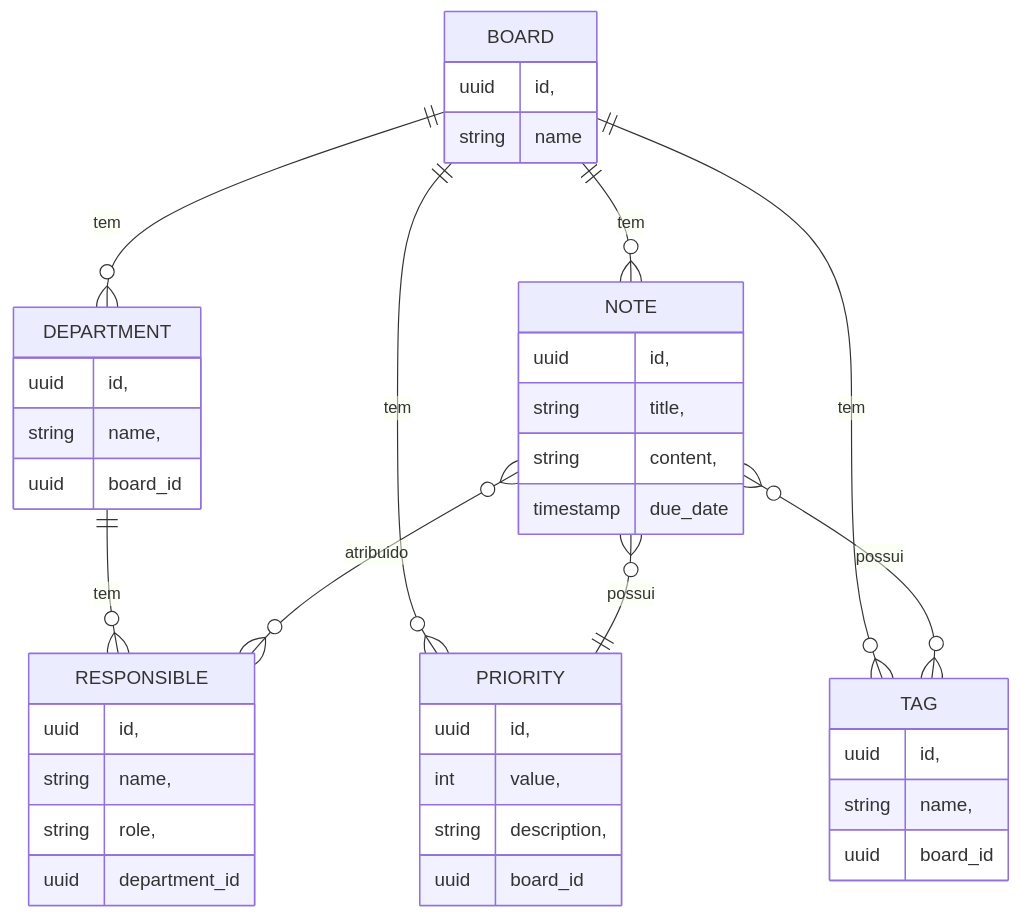
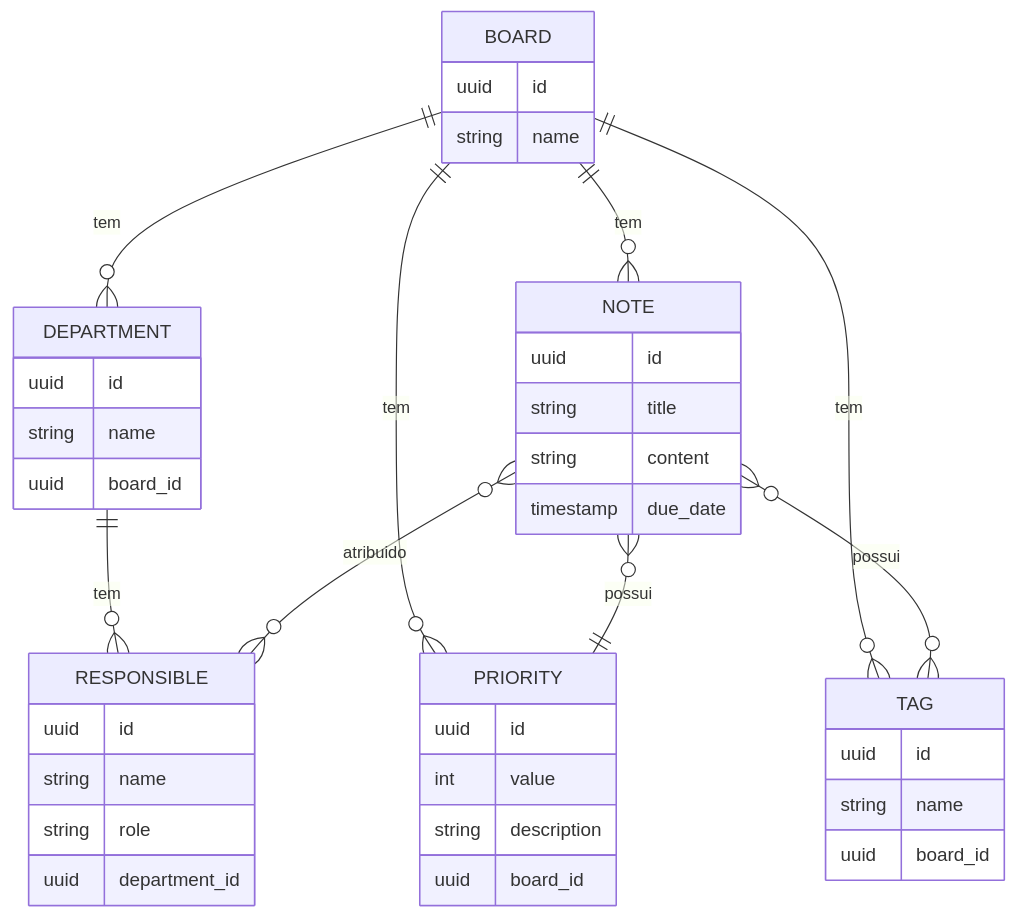
One commit to diogomasc/api-kanban changed the diagram in README.md. Above: the diagram before and after it, drawn with Mermaid. The commit also changed other lines of this file, not shown here.

Commit message:
docs: Update README to include test coverage and e2e commands and reformat the entity diagram.

````diff
--- a/README.md
+++ b/README.md
@@ -62,18 +74,44 @@
 ```mermaid
 erDiagram
     BOARD ||--o{ DEPARTMENT : tem
     BOARD ||--o{ PRIORITY : tem
     BOARD ||--o{ TAG : tem
     BOARD ||--o{ NOTE : tem
     DEPARTMENT ||--o{ RESPONSIBLE : tem
     NOTE }o--o{ TAG : possui
     NOTE }o--o{ RESPONSIBLE : atribuido
     NOTE }o--|| PRIORITY : possui
 
-    BOARD { uuid id, string name }
-    DEPARTMENT { uuid id, string name, uuid board_id }
-    PRIORITY { uuid id, int value, string description, uuid board_id }
-    TAG { uuid id, string name, uuid board_id }
-    RESPONSIBLE { uuid id, string name, string role, uuid department_id }
-    NOTE { uuid id, string title, string content, timestamp due_date }
+    BOARD {
+        uuid id
+        string name
+    }
+    DEPARTMENT {
+        uuid id
+        string name
+        uuid board_id
+    }
+    PRIORITY {
+        uuid id
+        int value
+        string description
+        uuid board_id
+    }
+    TAG {
+        uuid id
+        string name
+        uuid board_id
+    }
+    RESPONSIBLE {
+        uuid id
+        string name
+        string role
+        uuid department_id
+    }
+    NOTE {
+        uuid id
+        string title
+        string content
+        timestamp due_date
+    }
 ```
````
